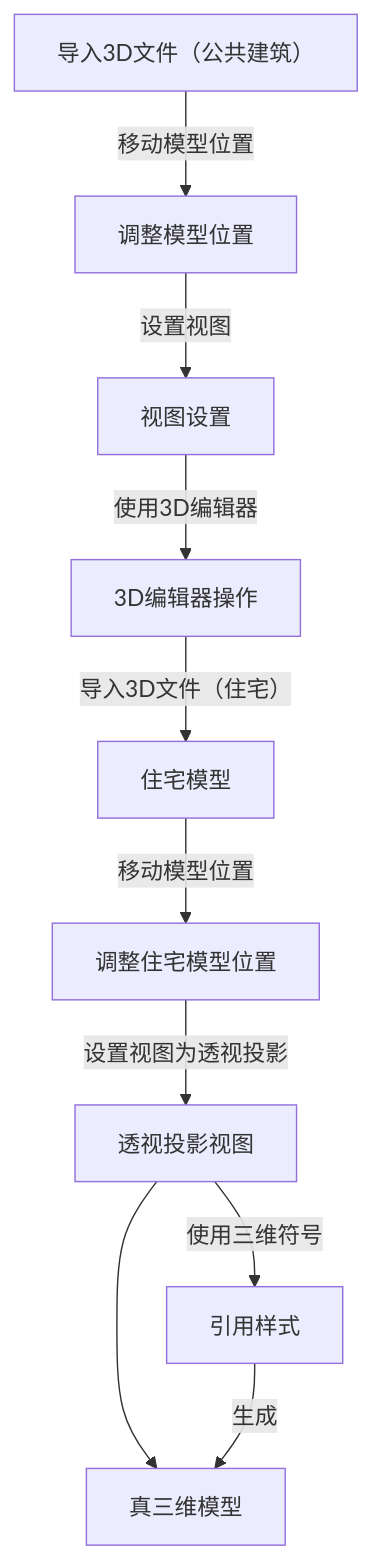
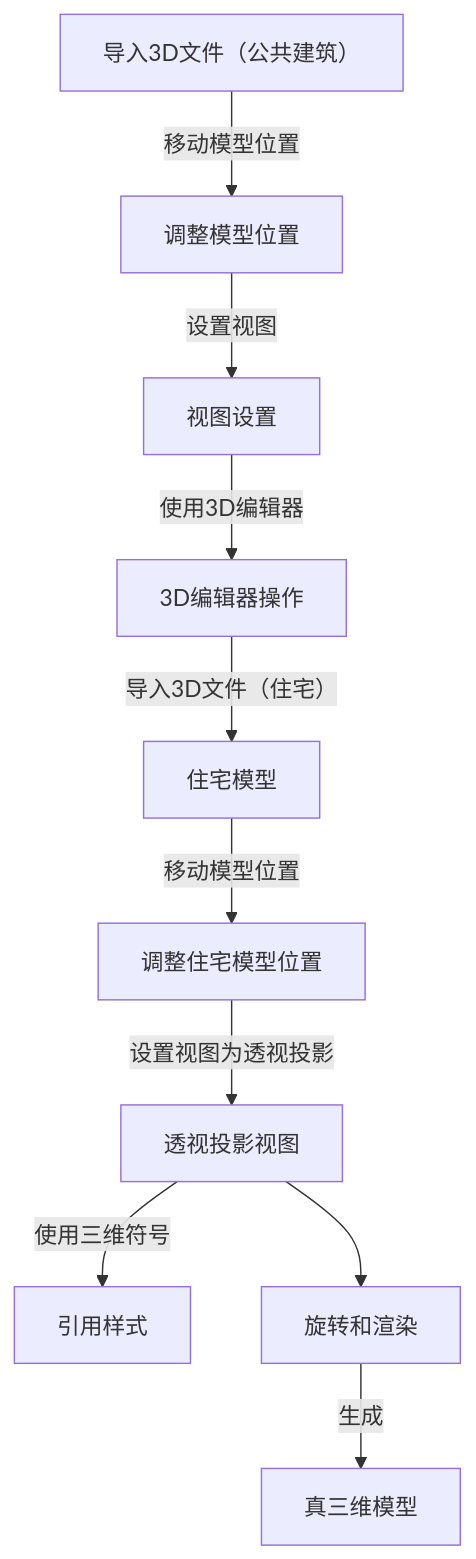
The diagram in all/未命名.md (newguser/iodraw-files), drawn with Mermaid before and after one commit.

Commit message:
2025-02-27 21:59:27 update

````diff
--- a/all/未命名.md
+++ b/all/未命名.md
@@ -1,12 +1,12 @@
 ```mermaid
 graph TD
     A[导入3D文件（公共建筑）] -->|移动模型位置| B[调整模型位置]
     B -->|设置视图| C[视图设置]
     C -->|使用3D编辑器| D[3D编辑器操作]
     D -->|导入3D文件（住宅）| E[住宅模型]
     E -->|移动模型位置| F[调整住宅模型位置]
     F -->|设置视图为透视投影| G[透视投影视图]
     G -->|使用三维符号| H[引用样式]
     G -->I[旋转和渲染]
-    H -->|生成| I[真三维模型]
+    I -->|生成| J[真三维模型]
 ```
````
